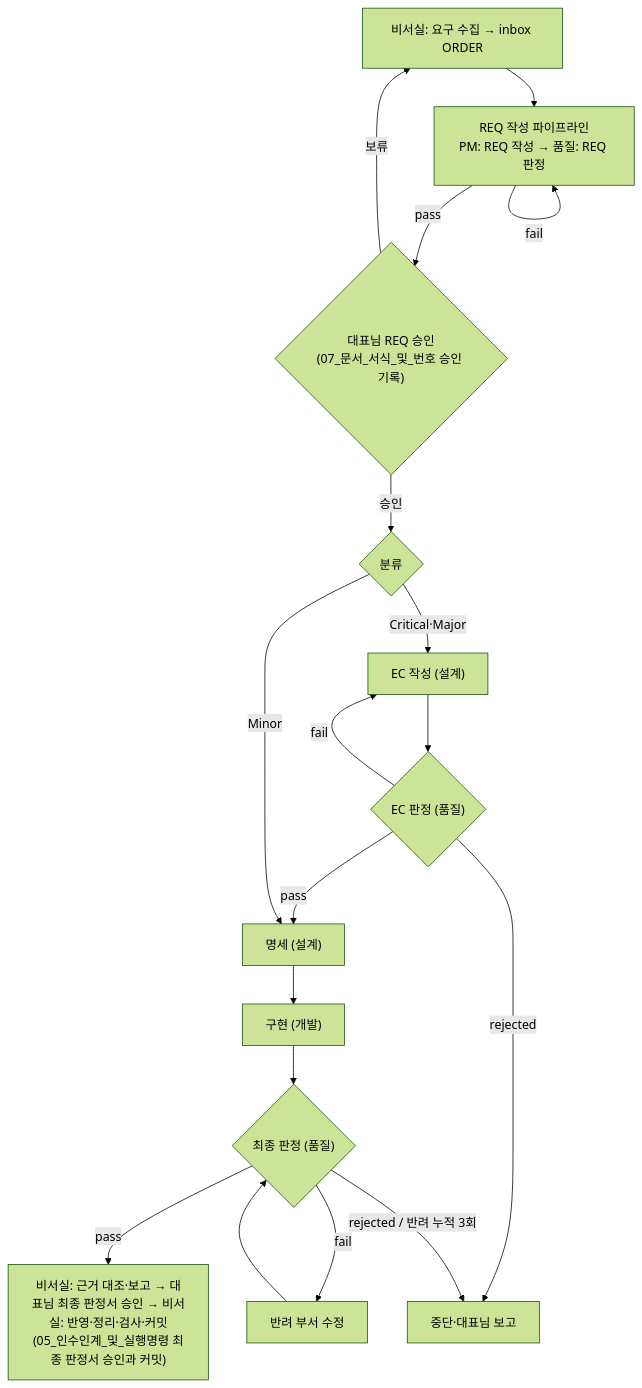
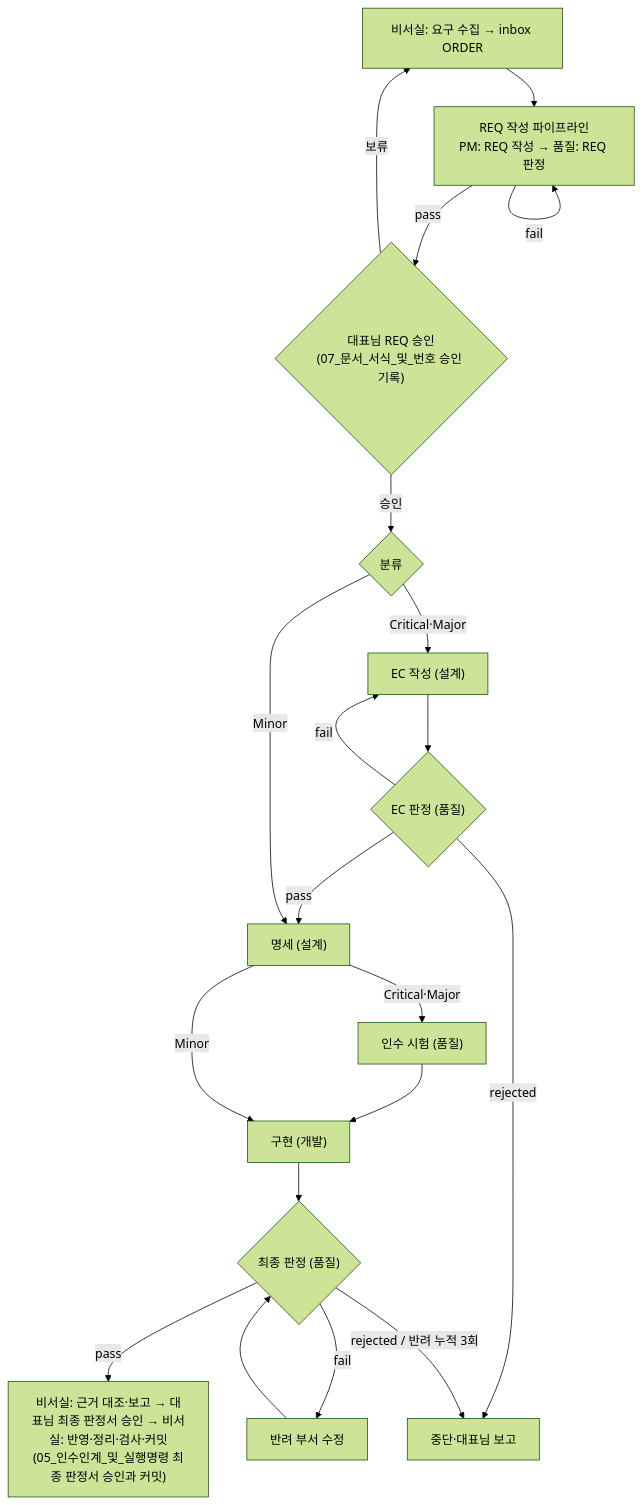
Before and after one commit to Neverblackmonday/Vibe-Standard_v06: the diagram in Workflow/03_라이프사이클.md, drawn with Mermaid (forest theme). The commit also changed other lines of this file and 53 other files, not shown here.

````diff
--- a/Workflow/03_라이프사이클.md
+++ b/Workflow/03_라이프사이클.md
@@ -8,17 +8,18 @@
 ```mermaid
 flowchart TD
     A["비서실: 요구 수집 → inbox ORDER"] --> B["REQ 작성 파이프라인<br/>PM: REQ 작성 → 품질: REQ 판정"]
     B -- "fail" --> B
     B -- "pass" --> C{"대표님 REQ 승인<br/>(07_문서_서식_및_번호 승인 기록)"}
     C -- "보류" --> A
     C -- "승인" --> D{"분류"}
     D -- "Critical·Major" --> E["EC 작성 (설계)"] --> F{"EC 판정 (품질)"}
     F -- "fail" --> E
     F -- "pass" --> G["명세 (설계)"]
     D -- "Minor" --> G
-    G --> H["구현 (개발)"] --> I{"최종 판정 (품질)"}
+    G -- "Critical·Major" --> T["인수 시험 (품질)"] --> H["구현 (개발)"] --> I{"최종 판정 (품질)"}
+    G -- "Minor" --> H
     I -- "fail" --> J["반려 부서 수정"] --> I
     I -- "pass" --> K["비서실: 근거 대조·보고 → 대표님 최종 판정서 승인 → 비서실: 반영·정리·검사·커밋<br/>(05_인수인계_및_실행명령 최종 판정서 승인과 커밋)"]
     F -- "rejected" --> X["중단·대표님 보고"]
     I -- "rejected / 반려 누적 3회" --> X
 ```
````
